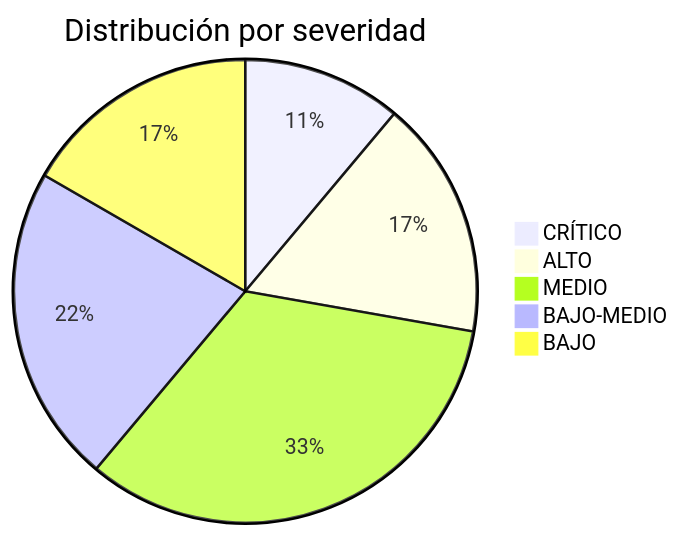
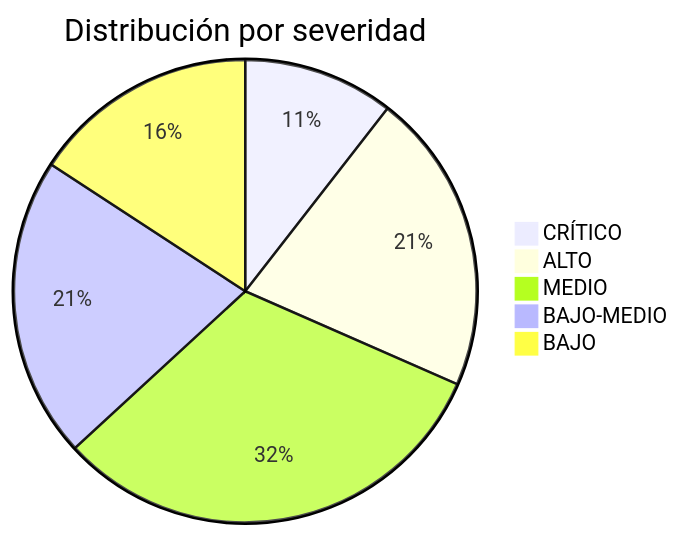
The first of 2 diagrams in docs/opencode-architecture/09-risk-register.md (harrysxavio/opencode-architecture), drawn with Mermaid before and after one commit. The commit also changed other lines of this file and 6 other files, not shown here.

````diff
--- a/docs/opencode-architecture/09-risk-register.md
+++ b/docs/opencode-architecture/09-risk-register.md
@@ -64,8 +66,8 @@
 ```mermaid
 pie title Distribución por severidad
     "CRÍTICO" : 2
-    "ALTO" : 3
+    "ALTO" : 4
     "MEDIO" : 6
     "BAJO-MEDIO" : 4
     "BAJO" : 3
 ```
````
